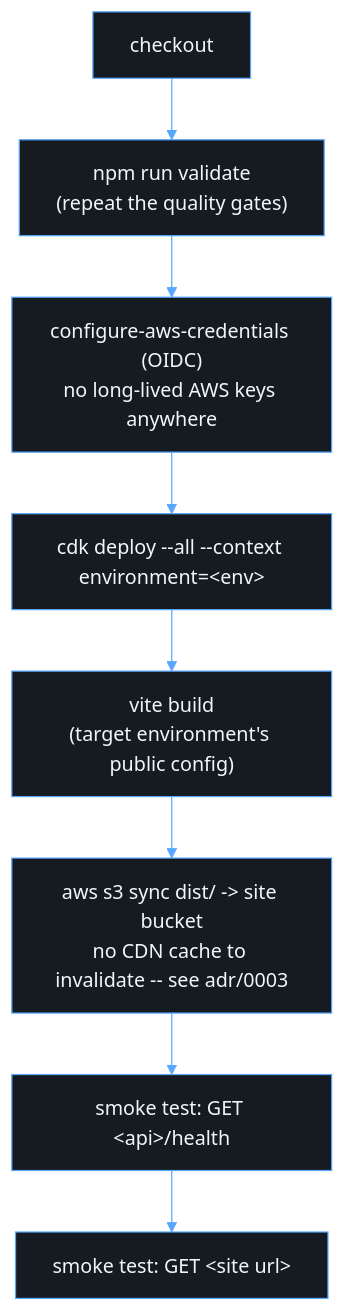
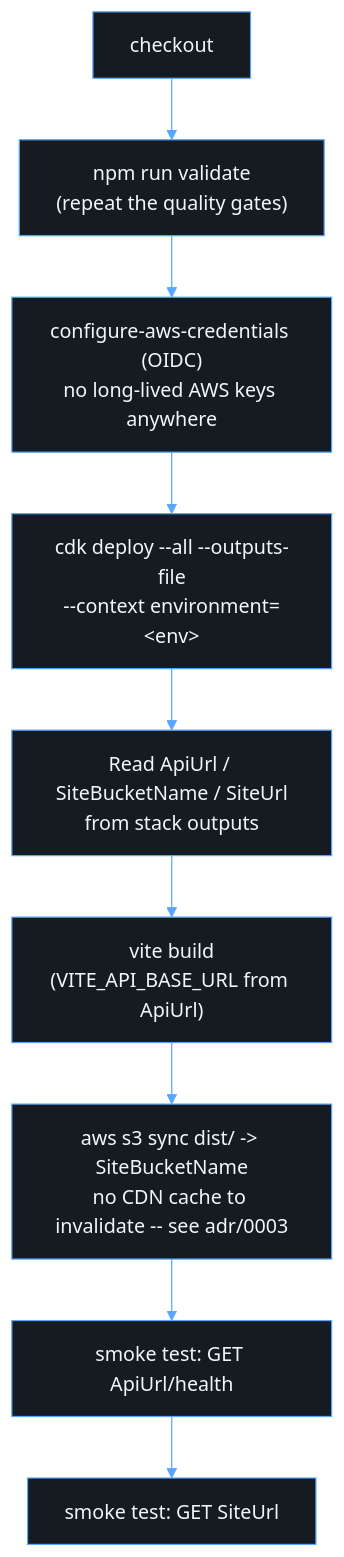
One commit to neolace/automatic-broccoli changed the second of 2 diagrams in docs/ci-cd.md. Above: the diagram before and after it, drawn with Mermaid. The commit also changed other lines of this file and 22 other files, not shown here.

First line of the commit message:
fix: wire CSP API origin, CORS domains, CI master, deploy outputs, authz

````diff
--- a/docs/ci-cd.md
+++ b/docs/ci-cd.md
@@ -85,28 +85,29 @@
 ```mermaid
 %%{init: {
   "theme": "base",
   "securityLevel": "strict",
   "themeVariables": {
     "background": "#0d1117",
     "primaryColor": "#161b22",
     "primaryTextColor": "#f0f6fc",
     "primaryBorderColor": "#58a6ff",
     "secondaryColor": "#21262d",
     "secondaryTextColor": "#f0f6fc",
     "secondaryBorderColor": "#3fb950",
     "lineColor": "#58a6ff",
     "textColor": "#f0f6fc",
     "clusterBkg": "#161b22",
     "clusterBorder": "#30363d",
     "edgeLabelBackground": "#0d1117"
   }
 }}%%
 flowchart TD
     Checkout["checkout"] --> Validate["npm run validate<br/>(repeat the quality gates)"]
     Validate --> Creds["configure-aws-credentials (OIDC)<br/>no long-lived AWS keys anywhere"]
-    Creds --> Deploy["cdk deploy --all --context environment=&lt;env&gt;"]
-    Deploy --> FeBuild["vite build<br/>(target environment's public config)"]
-    FeBuild --> Sync["aws s3 sync dist/ -&gt; site bucket<br/>no CDN cache to invalidate -- see adr/0003"]
-    Sync --> HealthCheck["smoke test: GET &lt;api&gt;/health"]
-    HealthCheck --> SiteCheck["smoke test: GET &lt;site url&gt;"]
+    Creds --> Deploy["cdk deploy --all --outputs-file<br/>--context environment=&lt;env&gt;"]
+    Deploy --> Resolve["Read ApiUrl / SiteBucketName / SiteUrl<br/>from stack outputs"]
+    Resolve --> FeBuild["vite build<br/>(VITE_API_BASE_URL from ApiUrl)"]
+    FeBuild --> Sync["aws s3 sync dist/ -&gt; SiteBucketName<br/>no CDN cache to invalidate -- see adr/0003"]
+    Sync --> HealthCheck["smoke test: GET ApiUrl/health"]
+    HealthCheck --> SiteCheck["smoke test: GET SiteUrl"]
 ```
````
